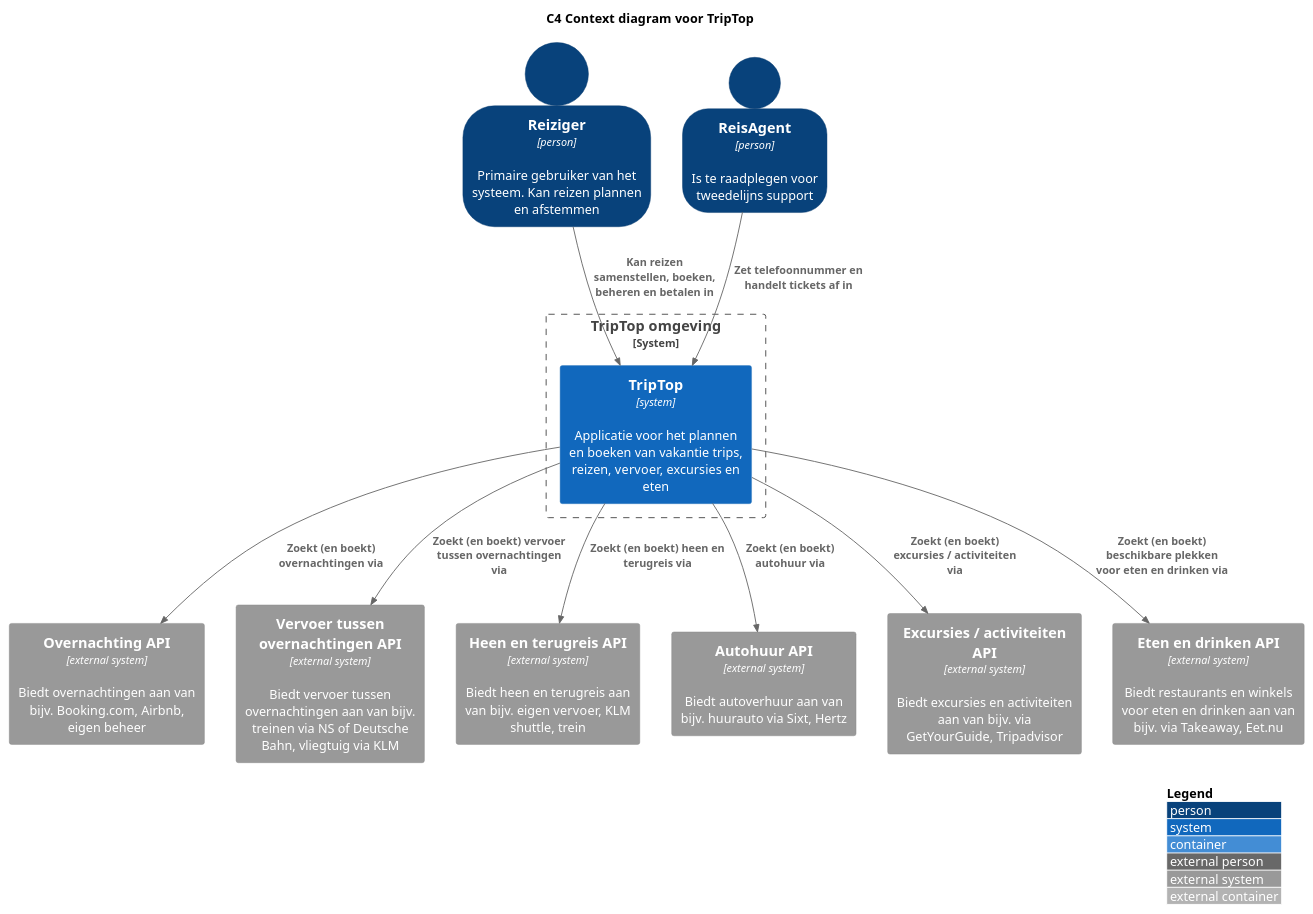
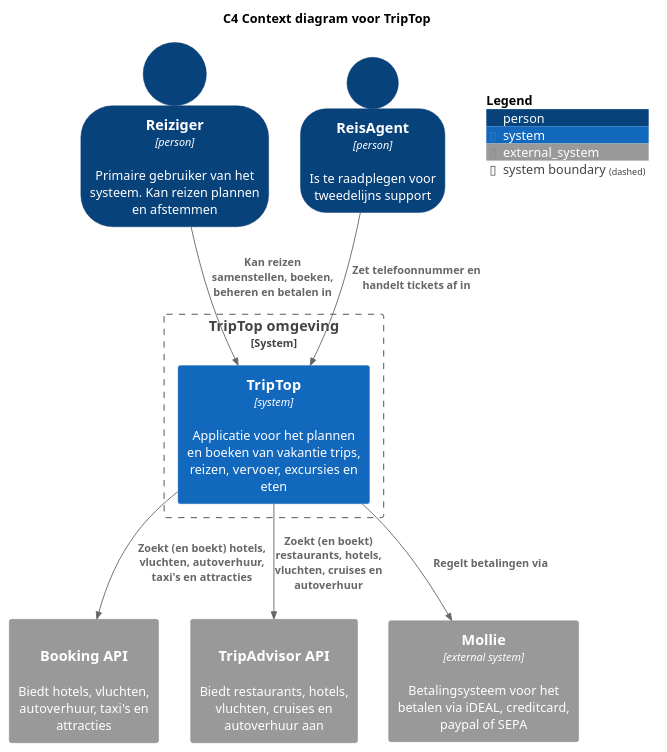
The diagram in software-guidebook/context-diagram.puml (AIM-ENE-feb25/triptop-groep-4-jochem-roald-stijn-a), drawn with PlantUML before and after one commit. The commit also changed 8 other files, not shown here.

```diff
--- a/software-guidebook/context-diagram.puml
+++ b/software-guidebook/context-diagram.puml
@@ -1,34 +1,41 @@
 @startuml
 title C4 Context diagram voor TripTop
 !include <C4/C4_Container.puml>
 
 top to bottom direction
 
-LAYOUT_WITH_LEGEND()
 SHOW_PERSON_OUTLINE()
 
 Person(reiziger, "Reiziger", "Primaire gebruiker van het systeem. Kan reizen plannen en afstemmen", $type="person")
 Person(reisagent, "ReisAgent", "Is te raadplegen voor tweedelijns support", $type="person")
 
 System_Boundary(system, "TripTop omgeving") {
     System(triptop, "TripTop", "Applicatie voor het plannen en boeken van vakantie trips, reizen, vervoer, excursies en eten", $type="system")
 }
 
 Rel(reiziger, triptop, "Kan reizen samenstellen, boeken, beheren en betalen in")
 Rel(reisagent, triptop, "Zet telefoonnummer en handelt tickets af in")
 
-System_Ext(overnachting, "Overnachting API", "Biedt overnachtingen aan van bijv. Booking.com, Airbnb, eigen beheer", $type="external system")
-System_Ext(vervoer, "Vervoer tussen overnachtingen API", "Biedt vervoer tussen overnachtingen aan van bijv. treinen via NS of Deutsche Bahn, vliegtuig via KLM", $type="external system")
-System_Ext(reis, "Heen en terugreis API", "Biedt heen en terugreis aan van bijv. eigen vervoer, KLM shuttle, trein", $type="external system")
-System_Ext(autohuur, "Autohuur API", "Biedt autoverhuur aan van bijv. huurauto via Sixt, Hertz", $type="external system")
-System_Ext(activiteiten, "Excursies / activiteiten API", "Biedt excursies en activiteiten aan van bijv. via GetYourGuide, Tripadvisor", $type="external system")
-System_Ext(eten, "Eten en drinken API", "Biedt restaurants en winkels voor eten en drinken aan van bijv. via Takeaway, Eet.nu", $type="external system")
+'System_Ext(overnachting, "Overnachting API", "Biedt overnachtingen aan van bijv. Booking.com, Airbnb, eigen beheer", $type="external system")
+'System_Ext(vervoer, "Vervoer tussen overnachtingen API", "Biedt vervoer tussen overnachtingen aan van bijv. treinen via NS of Deutsche Bahn, vliegtuig via KLM", $type="external system")
+'System_Ext(reis, "Heen en terugreis API", "Biedt heen en terugreis aan van bijv. eigen vervoer, KLM shuttle, trein", $type="external system")
+'System_Ext(autohuur, "Autohuur API", "Biedt autoverhuur aan van bijv. huurauto via Sixt, Hertz", $type="external system")
+'System_Ext(activiteiten, "Excursies / activiteiten API", "Biedt excursies en activiteiten aan van bijv. via GetYourGuide, Tripadvisor", $type="external system")
+'System_Ext(eten, "Eten en drinken API", "Biedt restaurants en winkels voor eten en drinken aan van bijv. via Takeaway, Eet.nu", $type="external system")
+System_Ext(booking, "Booking API", "Biedt hotels, vluchten, autoverhuur, taxi's en attracties", "REST")
+System_Ext(tripadvisor, "TripAdvisor API", "Biedt restaurants, hotels, vluchten, cruises en autoverhuur aan", "REST")
+System_Ext(mollie, "Mollie", "Betalingsysteem voor het betalen via iDEAL, creditcard, paypal of SEPA", $type="external system")
 
-Rel(triptop, overnachting, "Zoekt (en boekt) overnachtingen via")
-Rel(triptop, vervoer, "Zoekt (en boekt) vervoer tussen overnachtingen via")
-Rel(triptop, reis, "Zoekt (en boekt) heen en terugreis via")
-Rel(triptop, autohuur, "Zoekt (en boekt) autohuur via")
-Rel(triptop, activiteiten, "Zoekt (en boekt) excursies / activiteiten via")
-Rel(triptop, eten, "Zoekt (en boekt) beschikbare plekken voor eten en drinken via")
+'Rel(triptop, overnachting, "Zoekt (en boekt) overnachtingen via")
+'Rel(triptop, vervoer, "Zoekt (en boekt) vervoer tussen overnachtingen via")
+'Rel(triptop, reis, "Zoekt (en boekt) heen en terugreis via")
+'Rel(triptop, autohuur, "Zoekt (en boekt) autohuur via")
+'Rel(triptop, activiteiten, "Zoekt (en boekt) excursies / activiteiten via")
+'Rel(triptop, eten, "Zoekt (en boekt) beschikbare plekken voor eten en drinken via")
+Rel(triptop, booking, "Zoekt (en boekt) hotels, vluchten, autoverhuur, taxi's en attracties")
+Rel(triptop, tripadvisor, "Zoekt (en boekt) restaurants, hotels, vluchten, cruises en autoverhuur")
+Rel(triptop, mollie, "Regelt betalingen via")
+
+SHOW_FLOATING_LEGEND()
 
 @enduml
```
